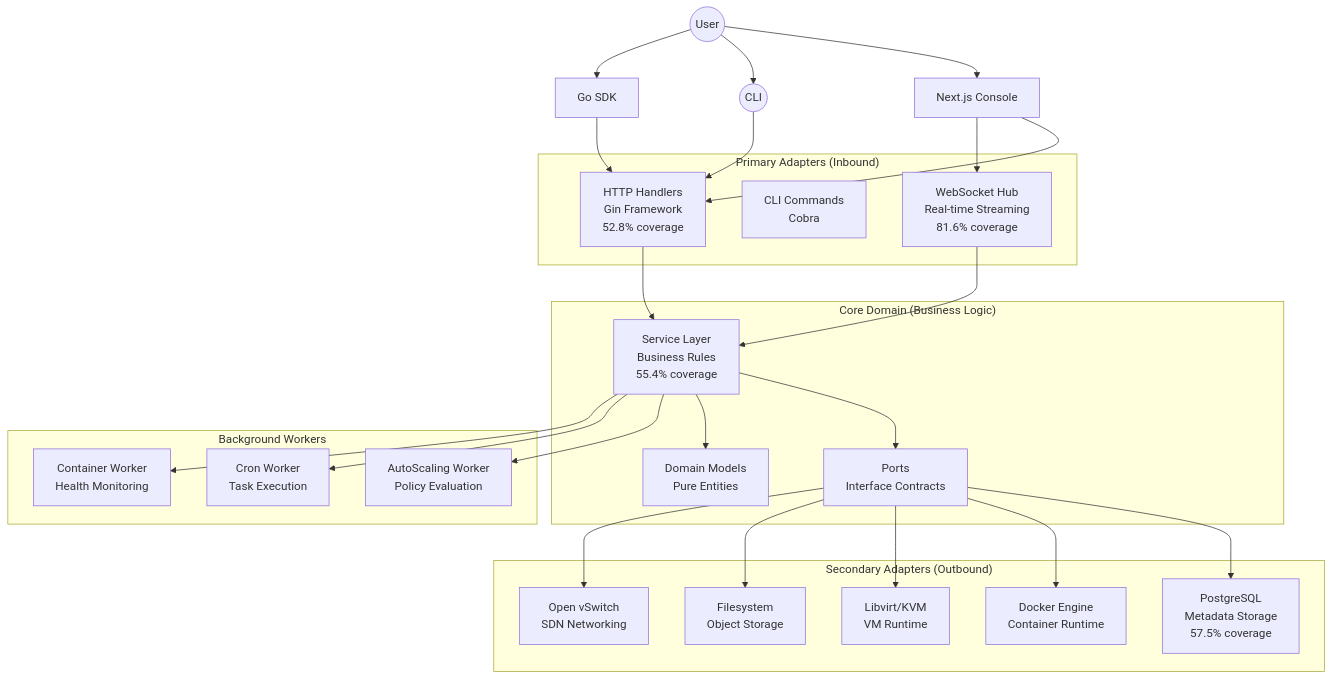
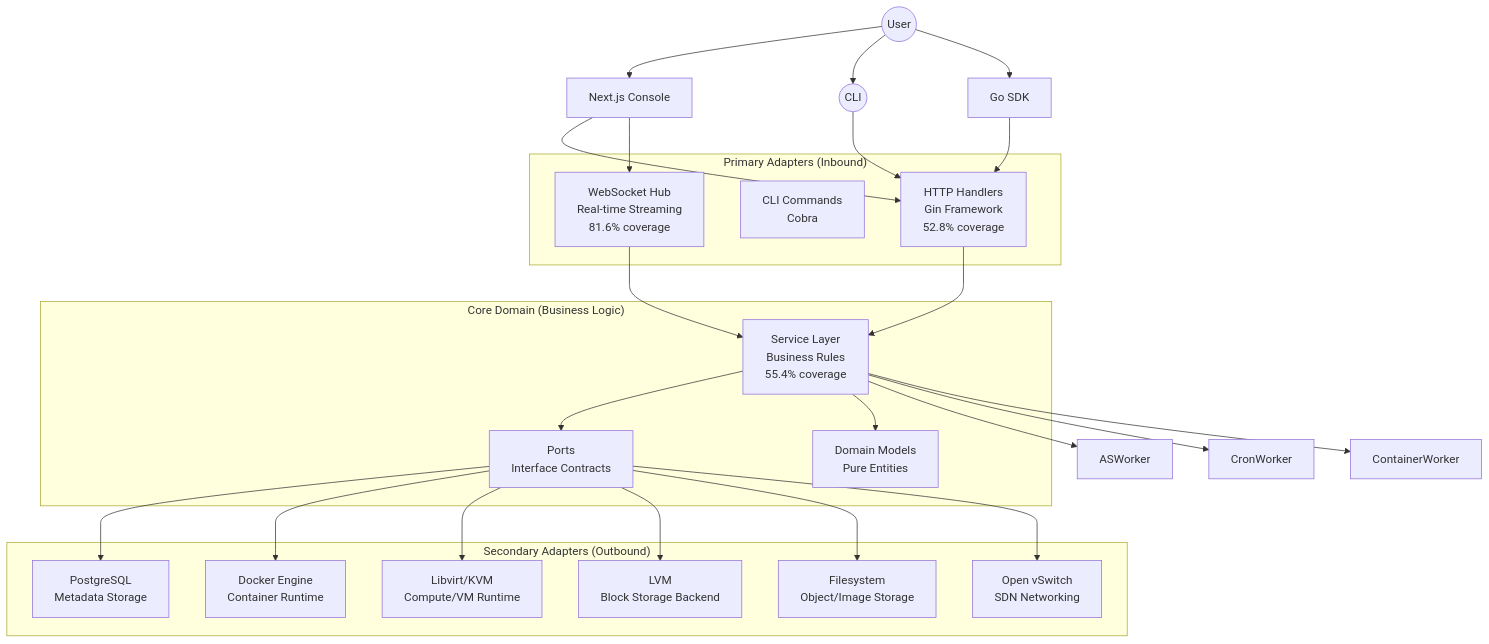
The diagram in docs/architecture.md (PoyrazK/Mini_AWS), drawn with Mermaid before and after one commit. The commit also changed other lines of this file and 3 other files, not shown here.

Commit message:
docs: update architecture, api-reference, and infrastructure for Libvirt/LVM support

````diff
--- a/docs/architecture.md
+++ b/docs/architecture.md
@@ -13,53 +13,49 @@
 ```mermaid
 graph TB
     User((User))
     CLI((CLI))
     Console[Next.js Console]
     SDK[Go SDK]
 
     subgraph "Primary Adapters (Inbound)"
         Handler[HTTP Handlers<br/>Gin Framework<br/>52.8% coverage]
         Cmd[CLI Commands<br/>Cobra]
         WS[WebSocket Hub<br/>Real-time Streaming<br/>81.6% coverage]
     end
 
     subgraph "Core Domain (Business Logic)"
         Service[Service Layer<br/>Business Rules<br/>55.4% coverage]
         Domain[Domain Models<br/>Pure Entities]
         Ports[Ports<br/>Interface Contracts]
     end
 
     subgraph "Secondary Adapters (Outbound)"
-        RepoPG[PostgreSQL<br/>Metadata Storage<br/>57.5% coverage]
+        RepoPG[PostgreSQL<br/>Metadata Storage]
         RepoDocker[Docker Engine<br/>Container Runtime]
-        RepoLibvirt[Libvirt/KVM<br/>VM Runtime]
-        RepoFS[Filesystem<br/>Object Storage]
+        RepoLibvirt[Libvirt/KVM<br/>Compute/VM Runtime]
+        RepoLVM[LVM<br/>Block Storage Backend]
+        RepoFS[Filesystem<br/>Object/Image Storage]
         RepoOVS[Open vSwitch<br/>SDN Networking]
-    end
-
-    subgraph "Background Workers"
-        ASWorker[AutoScaling Worker<br/>Policy Evaluation]
-        CronWorker[Cron Worker<br/>Task Execution]
-        ContainerWorker[Container Worker<br/>Health Monitoring]
     end
 
     User --> Console
     User --> CLI
     User --> SDK
     Console --> Handler
     Console --> WS
     CLI --> Handler
     SDK --> Handler
     Handler --> Service
     WS --> Service
     Service --> Ports
     Service --> Domain
     Ports --> RepoPG
     Ports --> RepoDocker
     Ports --> RepoLibvirt
+    Ports --> RepoLVM
     Ports --> RepoFS
     Ports --> RepoOVS
     Service --> ASWorker
     Service --> CronWorker
     Service --> ContainerWorker
 ```
````
